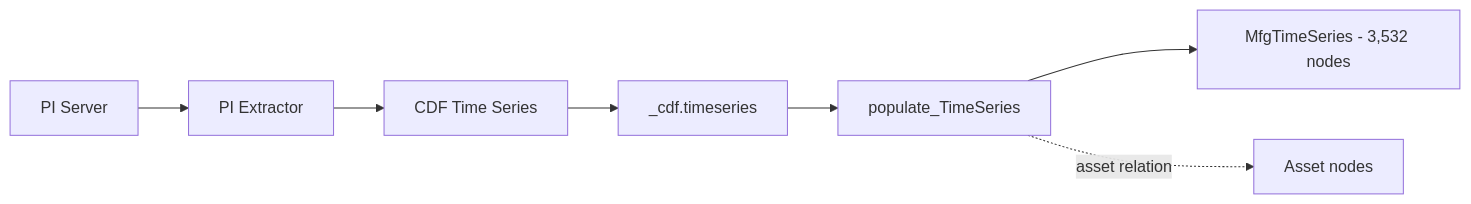
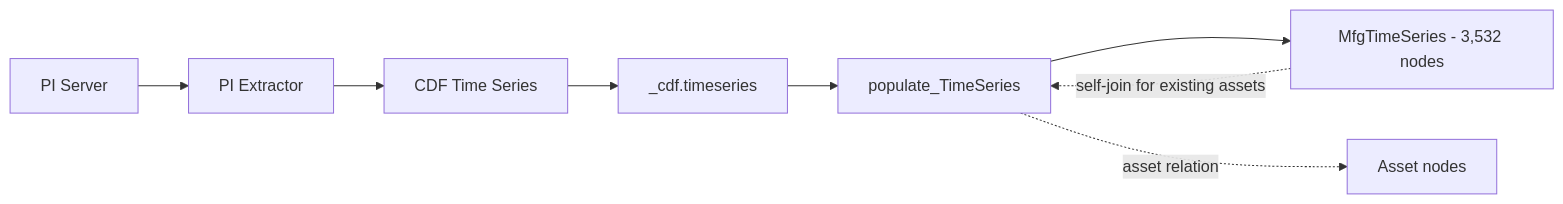
One commit to fbarsoba-cognite/sylvamo-project-documentation changed the fifth of 7 diagrams in docs/reference/data-model/TRANSFORMATIONS.md. Above: the diagram before and after it, drawn with Mermaid. The commit also changed other lines of this file and 3 other files, not shown here.

````diff
--- a/docs/reference/data-model/TRANSFORMATIONS.md
+++ b/docs/reference/data-model/TRANSFORMATIONS.md
@@ -353,9 +353,10 @@
 ```mermaid
 flowchart LR
     PI[PI Server] --> Extractor[PI Extractor]
     Extractor --> TS[CDF Time Series]
     TS --> Internal[_cdf.timeseries]
     Internal --> Transform[populate_TimeSeries]
     Transform --> Model[MfgTimeSeries - 3,532 nodes]
     Transform -.->|asset relation| Asset[Asset nodes]
+    Model -.->|self-join for existing assets| Transform
 ```
````
